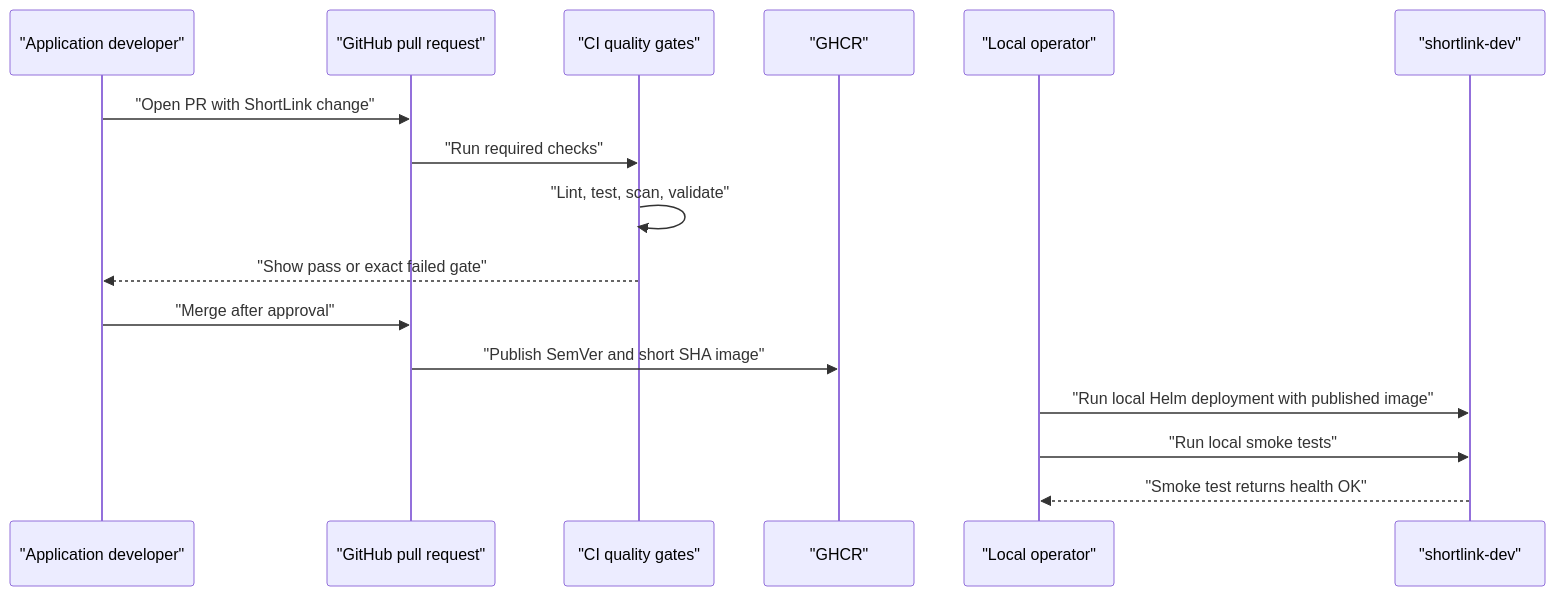
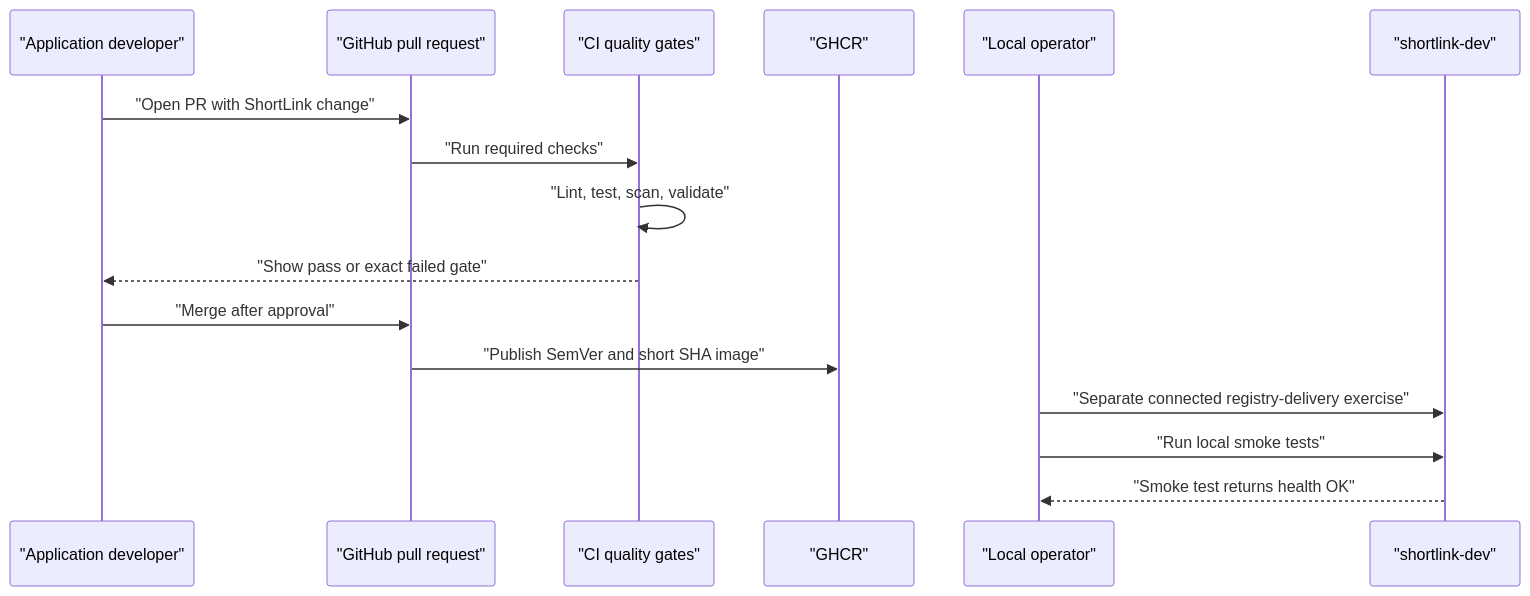
Before and after one commit to sukurcf/spec-shipit-devops-platform: the first of 3 diagrams in docs/02-users-and-roles.md, drawn with Mermaid. The commit also changed other lines of this file and 14 other files, not shown here.

````diff
--- a/docs/02-users-and-roles.md
+++ b/docs/02-users-and-roles.md
@@ -46,18 +46,18 @@
 ```mermaid
 sequenceDiagram
   participant Dev as "Application developer"
   participant GitHub as "GitHub pull request"
   participant CI as "CI quality gates"
   participant GHCR as "GHCR"
   participant Ops as "Local operator"
   participant DevEnv as "shortlink-dev"
   Dev->>GitHub: "Open PR with ShortLink change"
   GitHub->>CI: "Run required checks"
   CI->>CI: "Lint, test, scan, validate"
   CI-->>Dev: "Show pass or exact failed gate"
   Dev->>GitHub: "Merge after approval"
   GitHub->>GHCR: "Publish SemVer and short SHA image"
-  Ops->>DevEnv: "Run local Helm deployment with published image"
+  Ops->>DevEnv: "Separate connected registry-delivery exercise"
   Ops->>DevEnv: "Run local smoke tests"
   DevEnv-->>Ops: "Smoke test returns health OK"
 ```
````
